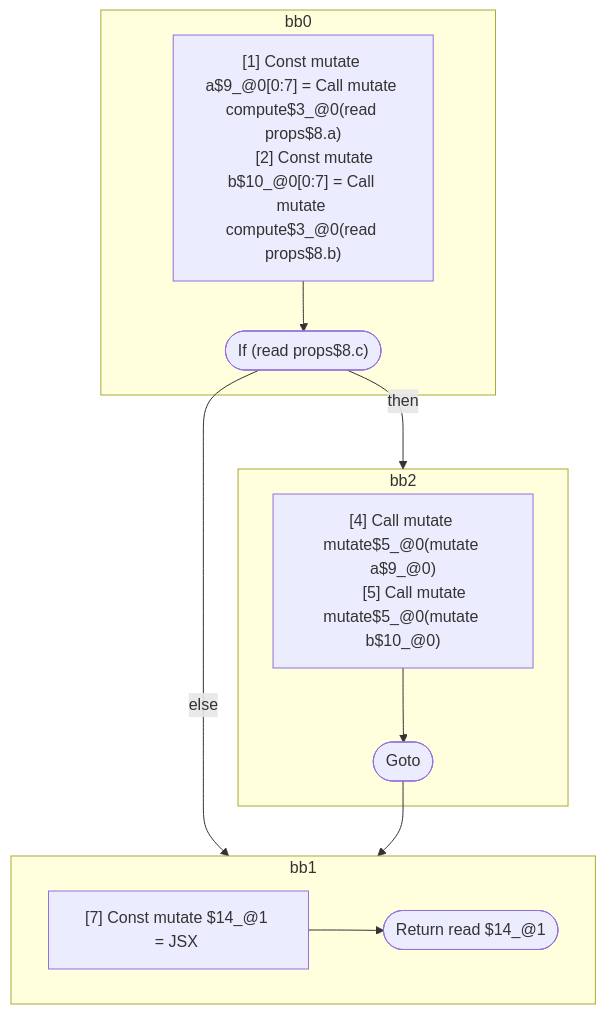
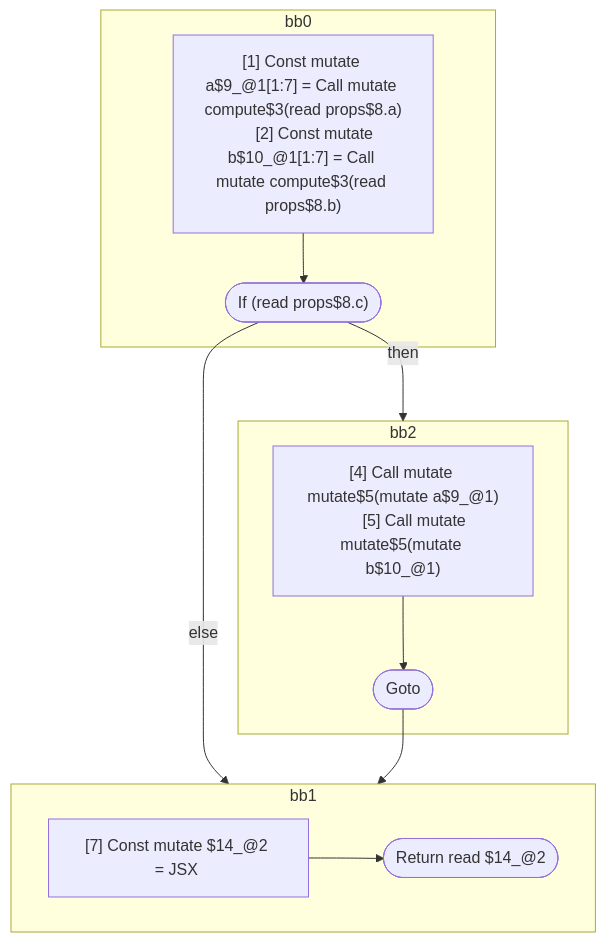
One commit to wutsmog/private changed the fifth of 5 diagrams in compiler/forget/src/__tests__/fixtures/hir/independent-across-if.expect.md. Above: the diagram before and after it, drawn with Mermaid. The commit also changed other lines of this file and 100 other files, not shown here.

````diff
--- a/compiler/forget/src/__tests__/fixtures/hir/independent-across-if.expect.md
+++ b/compiler/forget/src/__tests__/fixtures/hir/independent-across-if.expect.md
@@ -167,30 +231,30 @@
 ```mermaid
 flowchart TB
   %% Basic Blocks
   subgraph bb0
     bb0_instrs["
-      [1] Const mutate a$9_@0[0:7] = Call mutate compute$3_@0(read props$8.a)
-      [2] Const mutate b$10_@0[0:7] = Call mutate compute$3_@0(read props$8.b)
+      [1] Const mutate a$9_@1[1:7] = Call mutate compute$3(read props$8.a)
+      [2] Const mutate b$10_@1[1:7] = Call mutate compute$3(read props$8.b)
     "]
     bb0_instrs --> bb0_terminal(["If (read props$8.c)"])
   end
   subgraph bb2
     bb2_instrs["
-      [4] Call mutate mutate$5_@0(mutate a$9_@0)
-      [5] Call mutate mutate$5_@0(mutate b$10_@0)
+      [4] Call mutate mutate$5(mutate a$9_@1)
+      [5] Call mutate mutate$5(mutate b$10_@1)
     "]
     bb2_instrs --> bb2_terminal(["Goto"])
   end
   subgraph bb1
     bb1_instrs["
-      [7] Const mutate $14_@1 = JSX <read Foo$6 a={freeze a$9_@0} b={freeze b$10_@0} ></read Foo$6>
+      [7] Const mutate $14_@2 = JSX <read Foo$6 a={freeze a$9_@1} b={freeze b$10_@1} ></read Foo$6>
     "]
-    bb1_instrs --> bb1_terminal(["Return read $14_@1"])
+    bb1_instrs --> bb1_terminal(["Return read $14_@2"])
   end
 
   %% Jumps
   bb0_terminal -- "then" --> bb2
   bb0_terminal -- "else" --> bb1
   bb2_terminal --> bb1
 
 ```
````
